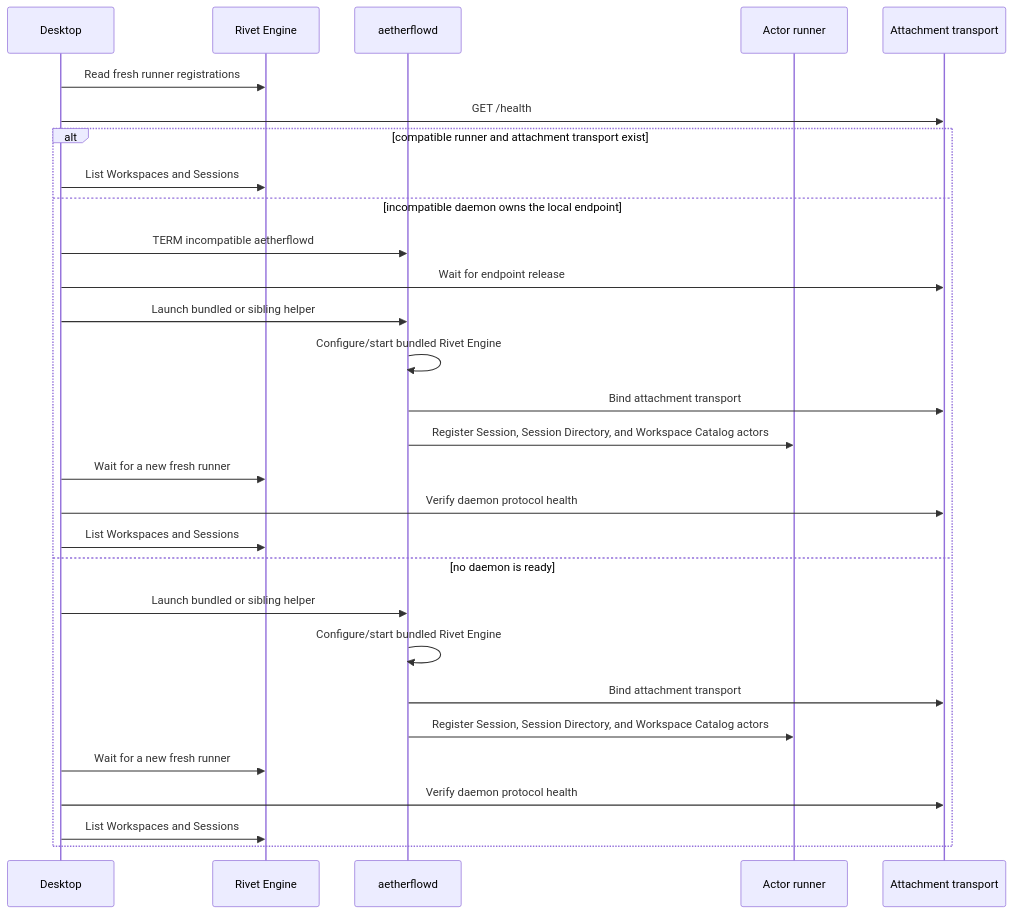
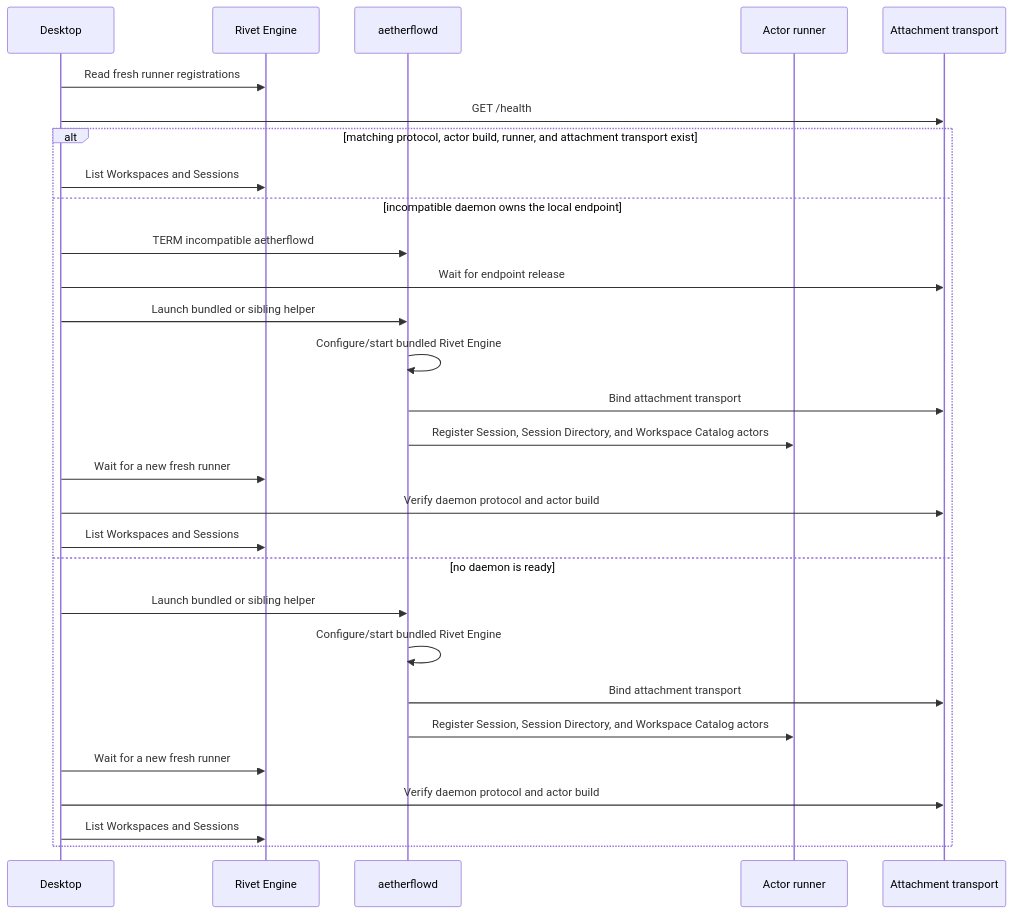
Before and after one commit to baiirun/aetherflow: the first of 2 diagrams in docs/architecture/local-sessions.md, drawn with Mermaid. The commit also changed other lines of this file and 12 other files, not shown here.

````diff
--- a/docs/architecture/local-sessions.md
+++ b/docs/architecture/local-sessions.md
@@ -152,32 +152,32 @@
 ```mermaid
 sequenceDiagram
     participant UI as Desktop
     participant E as Rivet Engine
     participant D as aetherflowd
     participant R as Actor runner
     participant A as Attachment transport
 
     UI->>E: Read fresh runner registrations
     UI->>A: GET /health
-    alt compatible runner and attachment transport exist
+    alt matching protocol, actor build, runner, and attachment transport exist
         UI->>E: List Workspaces and Sessions
     else incompatible daemon owns the local endpoint
         UI->>D: TERM incompatible aetherflowd
         UI->>A: Wait for endpoint release
         UI->>D: Launch bundled or sibling helper
         D->>D: Configure/start bundled Rivet Engine
         D->>A: Bind attachment transport
         D->>R: Register Session, Session Directory, and Workspace Catalog actors
         UI->>E: Wait for a new fresh runner
-        UI->>A: Verify daemon protocol health
+        UI->>A: Verify daemon protocol and actor build
         UI->>E: List Workspaces and Sessions
     else no daemon is ready
         UI->>D: Launch bundled or sibling helper
         D->>D: Configure/start bundled Rivet Engine
         D->>A: Bind attachment transport
         D->>R: Register Session, Session Directory, and Workspace Catalog actors
         UI->>E: Wait for a new fresh runner
-        UI->>A: Verify daemon protocol health
+        UI->>A: Verify daemon protocol and actor build
         UI->>E: List Workspaces and Sessions
     end
 ```
````
